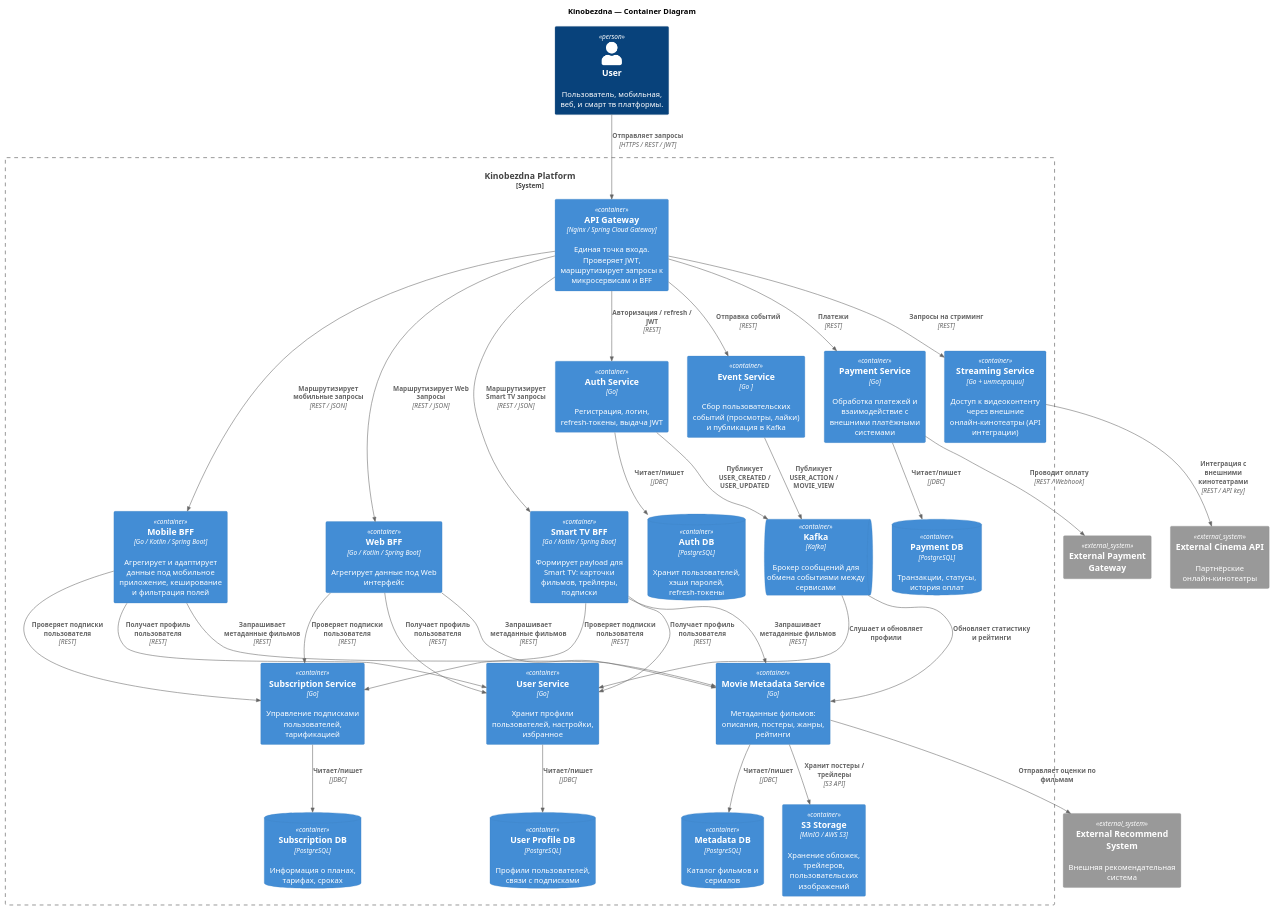
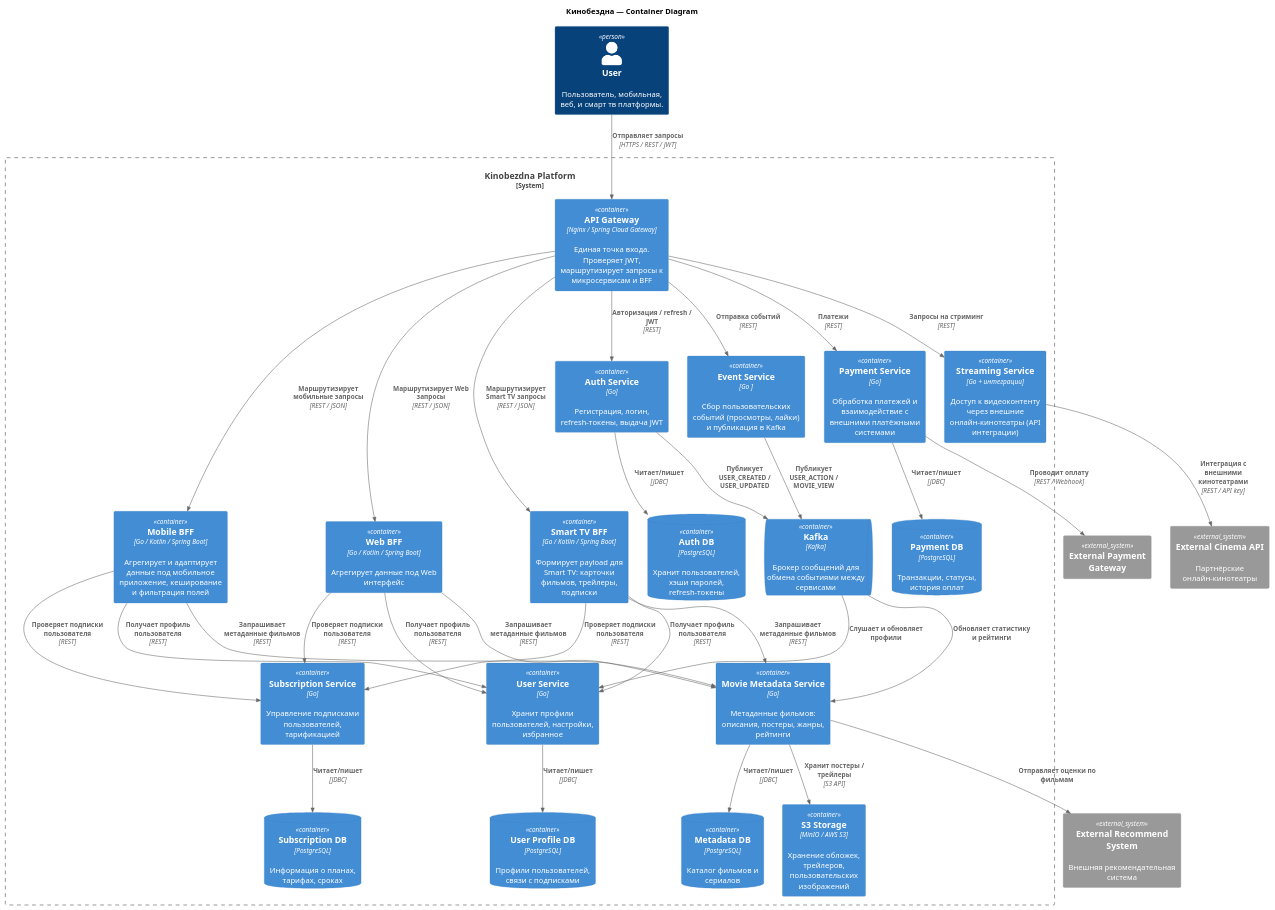
The diagram in src/microservices/diagrams/Container-kinibezdna.puml (AlexeyPrutik/architecture-cinemaabyss), drawn with PlantUML before and after one commit. The commit also changed 1 other file, not shown here.

```diff
--- a/src/microservices/diagrams/Container-kinibezdna.puml
+++ b/src/microservices/diagrams/Container-kinibezdna.puml
@@ -1,95 +1,95 @@
 @startuml
 !includeurl https://raw.githubusercontent.com/RicardoNiepel/C4-PlantUML/master/C4_Container.puml
-title Kinobezdna — Container Diagram
+title Кинобездна — Container Diagram
 
 Person(user, "User", "Пользователь, мобильная, веб, и смарт тв платформы.")
 
 System_Boundary(warmflix, "Kinobezdna Platform") {
 
   ' === Core Gateway ===
   Container(gateway, "API Gateway", "Nginx / Spring Cloud Gateway", "Единая точка входа. Проверяет JWT, маршрутизирует запросы к микросервисам и BFF")
 
   ' === BFF Layer ===
   Container(mobileBff, "Mobile BFF", "Go / Kotlin / Spring Boot", "Агрегирует и адаптирует данные под мобильное приложение, кеширование и фильтрация полей")
   Container(webBff, "Web BFF", "Go / Kotlin / Spring Boot", "Агрегирует данные под Web интерфейс")
   Container(tvBff, "Smart TV BFF", "Go / Kotlin / Spring Boot", "Формирует payload для Smart TV: карточки фильмов, трейлеры, подписки")
 
   ' === Auth & Users ===
   Container(auth, "Auth Service", "Go", "Регистрация, логин, refresh-токены, выдача JWT")
   ContainerDb(auth_db, "Auth DB", "PostgreSQL", "Хранит пользователей, хэши паролей, refresh-токены")
 
   Container(userService, "User Service", "Go", "Хранит профили пользователей, настройки, избранное")
   ContainerDb(user_db, "User Profile DB", "PostgreSQL", "Профили пользователей, связи с подписками")
 
   ' === Subscriptions & Payments ===
   Container(subscriptionService, "Subscription Service", "Go", "Управление подписками пользователей, тарификацией")
   ContainerDb(subscription_db, "Subscription DB", "PostgreSQL", "Информация о планах, тарифах, сроках")
 
   Container(paymentService, "Payment Service", "Go", "Обработка платежей и взаимодействие с внешними платёжными системами")
   ContainerDb(payment_db, "Payment DB", "PostgreSQL", "Транзакции, статусы, история оплат")
 
   ' === Movie Metadata ===
   Container(metadataService, "Movie Metadata Service", "Go", "Метаданные фильмов: описания, постеры, жанры, рейтинги")
   ContainerDb(metadata_db, "Metadata DB", "PostgreSQL", "Каталог фильмов и сериалов")
 
   ' === Streaming ===
   Container(streaming, "Streaming Service", "Go + интеграции", "Доступ к видеоконтенту через внешние онлайн-кинотеатры (API интеграции)")
 
   ' === Event Service & Kafka ===
   Container(eventService, "Event Service", "Go ", "Сбор пользовательских событий (просмотры, лайки) и публикация в Kafka")
   ContainerQueue(kafka, "Kafka", "Kafka", "Брокер сообщений для обмена событиями между сервисами")
 
   ' === Object Storage ===
   Container(storage, "S3 Storage", "MinIO / AWS S3", "Хранение обложек, трейлеров, пользовательских изображений")
 }
 
 ' === External Systems ===
 System_Ext(paymentGateway, "External Payment Gateway")
 System_Ext(cinemaAPI, "External Cinema API", "Партнёрские онлайн-кинотеатры")
 System_Ext(reccomendSystem, "External Recommend System", "Внешняя рекомендательная система")
 
 ' === Relationships ===
 Rel(user, gateway, "Отправляет запросы", "HTTPS / REST / JWT")
 
 ' Gateway → BFF
 Rel(gateway, mobileBff, "Маршрутизирует мобильные запросы", "REST / JSON")
 Rel(gateway, webBff, "Маршрутизирует Web запросы", "REST / JSON")
 Rel(gateway, tvBff, "Маршрутизирует Smart TV запросы", "REST / JSON")
 
 ' BFF → Core Services
 Rel(mobileBff, metadataService, "Запрашивает метаданные фильмов", "REST")
 Rel(mobileBff, subscriptionService, "Проверяет подписки пользователя", "REST")
 Rel(mobileBff, userService, "Получает профиль пользователя", "REST")
 
 Rel(webBff, metadataService, "Запрашивает метаданные фильмов", "REST")
 Rel(webBff, subscriptionService, "Проверяет подписки пользователя", "REST")
 Rel(webBff, userService, "Получает профиль пользователя", "REST")
 
 Rel(tvBff, metadataService, "Запрашивает метаданные фильмов", "REST")
 Rel(tvBff, subscriptionService, "Проверяет подписки пользователя", "REST")
 Rel(tvBff, userService, "Получает профиль пользователя", "REST")
 
 ' Остальные связи
 Rel(gateway, auth, "Авторизация / refresh / JWT", "REST")
 Rel(gateway, paymentService, "Платежи", "REST")
 Rel(gateway, streaming, "Запросы на стриминг", "REST")
 Rel(gateway, eventService, "Отправка событий", "REST")
 
 Rel(auth, auth_db, "Читает/пишет", "JDBC")
 Rel(userService, user_db, "Читает/пишет", "JDBC")
 Rel(subscriptionService, subscription_db, "Читает/пишет", "JDBC")
 Rel(paymentService, payment_db, "Читает/пишет", "JDBC")
 Rel(metadataService, metadata_db, "Читает/пишет", "JDBC")
 
 Rel(auth, kafka, "Публикует USER_CREATED / USER_UPDATED")
 Rel(kafka, userService, "Слушает и обновляет профили")
 Rel(eventService, kafka, "Публикует USER_ACTION / MOVIE_VIEW")
 Rel(kafka, metadataService, "Обновляет статистику и рейтинги")
 
 Rel(streaming, cinemaAPI, "Интеграция с внешними кинотеатрами", "REST / API key")
 Rel(paymentService, paymentGateway, "Проводит оплату", "REST / Webhook")
 
 Rel(metadataService, storage, "Хранит постеры / трейлеры", "S3 API")
 Rel(metadataService, reccomendSystem, "Отправляет оценки по фильмам")
 
 @enduml
```
